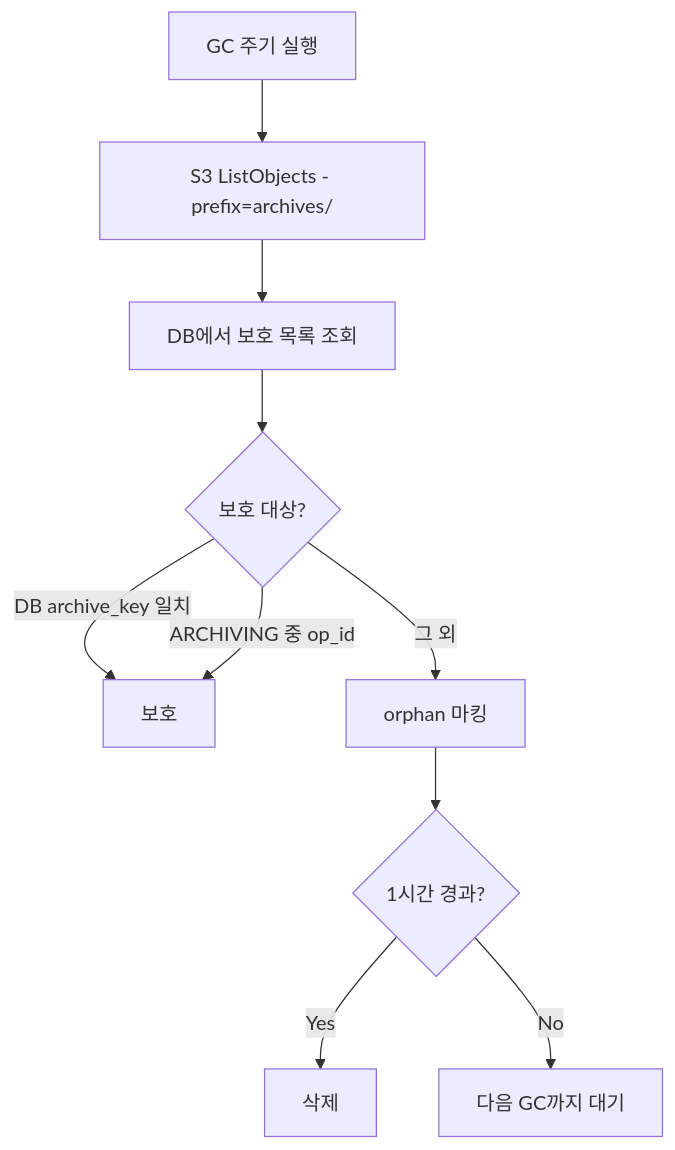
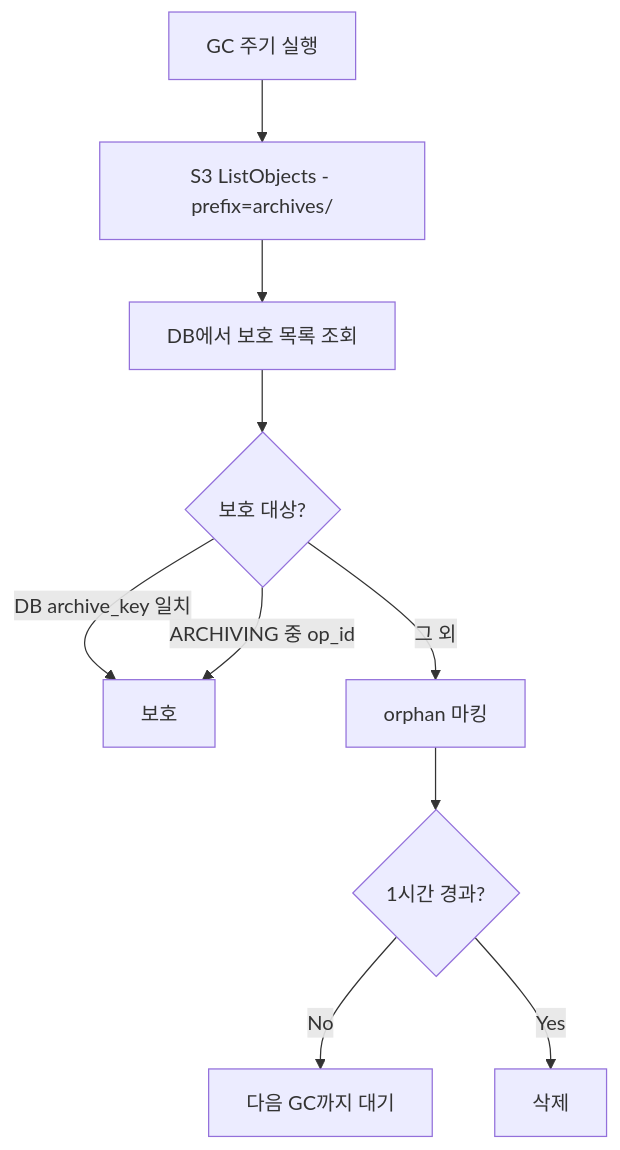
One commit to cagojeiger/code-hub changed the diagram in docs/spec_v2/storage-gc.md. Above: the diagram before and after it, drawn with Mermaid. The commit also changed other lines of this file and 2 other files, not shown here.

````diff
--- a/docs/spec_v2/storage-gc.md
+++ b/docs/spec_v2/storage-gc.md
@@ -70,12 +71,12 @@
 ```mermaid
 flowchart TD
     A[GC 주기 실행] --> B[S3 ListObjects - prefix=archives/]
     B --> C[DB에서 보호 목록 조회]
     C --> D{보호 대상?}
     D -->|DB archive_key 일치| E[보호]
     D -->|ARCHIVING 중 op_id| E
     D -->|그 외| F[orphan 마킹]
     F --> G{1시간 경과?}
-    G -->|Yes| H[삭제]
-    G -->|No| I[다음 GC까지 대기]
+    G -->|No| H[다음 GC까지 대기]
+    G -->|Yes| I[삭제]
 ```
````
